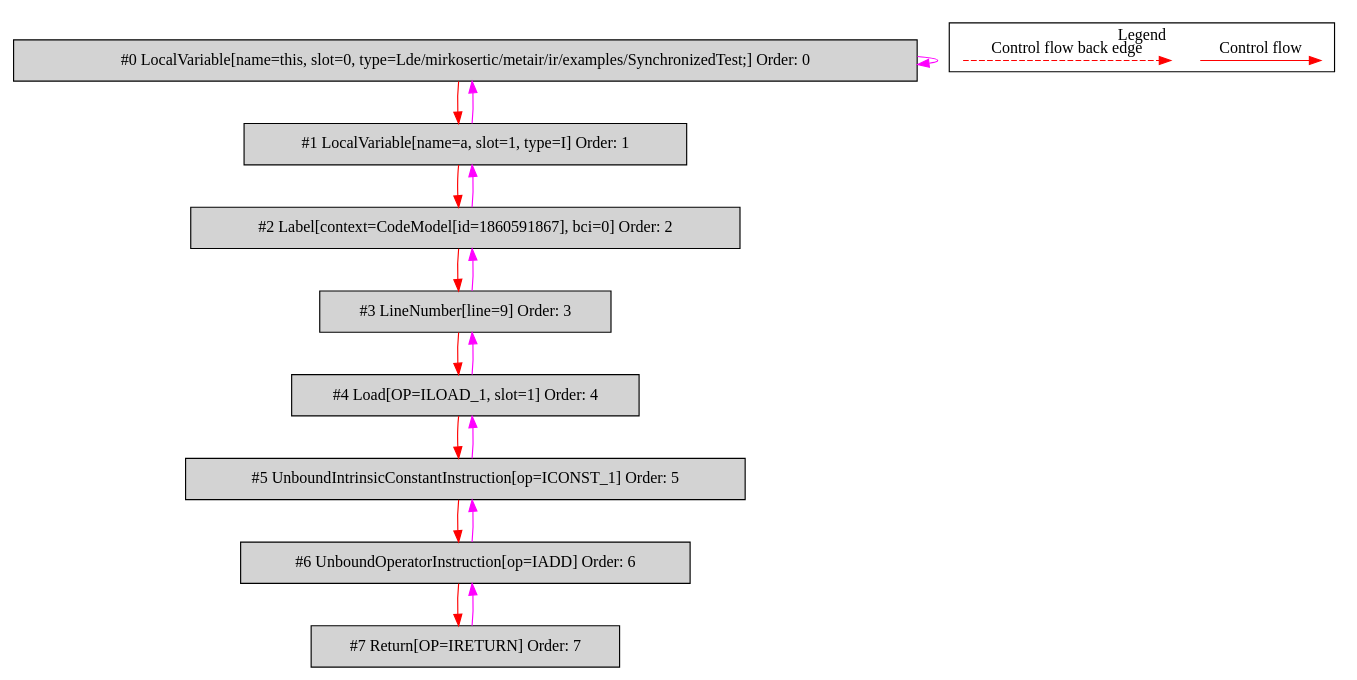
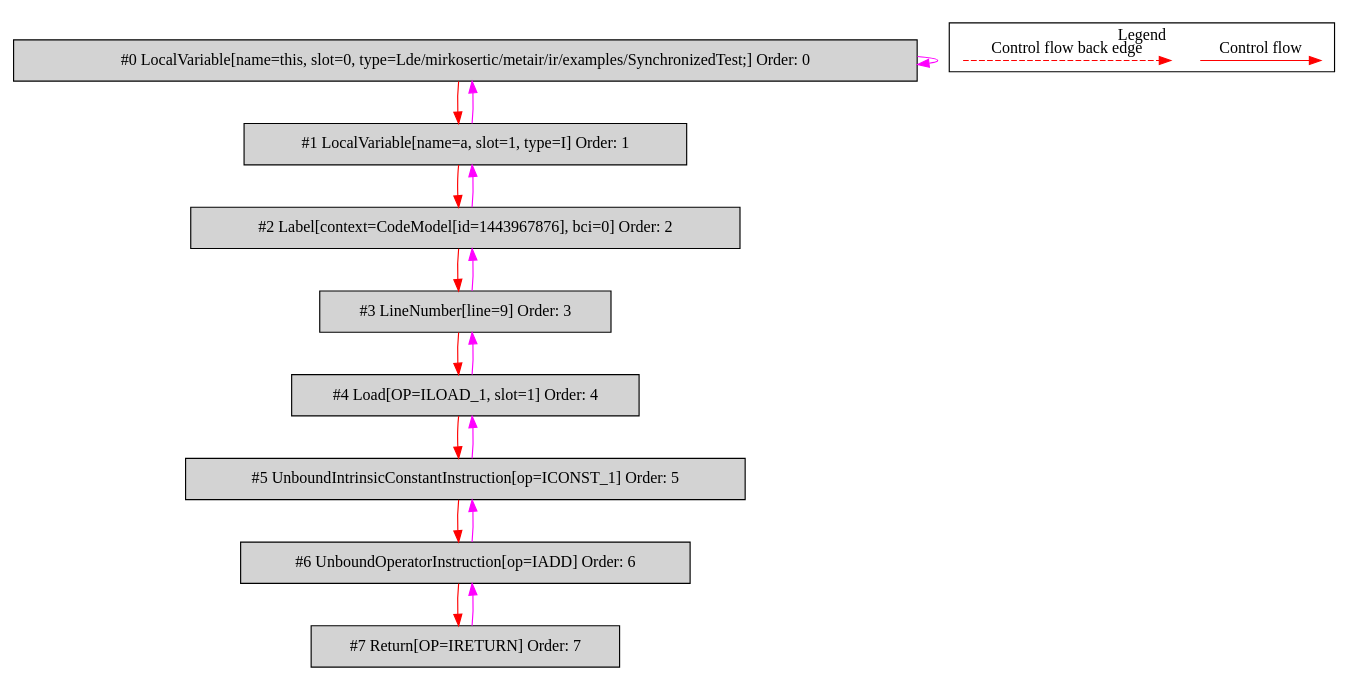
Before and after one commit to mirkosertic/MetaIR: the diagram in de.mirkosertic.metair.ir.examples.SynchronizedTest/compute/bytecodecfg.dot, drawn with Graphviz. The commit also changed 1233 other files, not shown here.

```diff
--- a/de.mirkosertic.metair.ir.examples.SynchronizedTest/compute/bytecodecfg.dot
+++ b/de.mirkosertic.metair.ir.examples.SynchronizedTest/compute/bytecodecfg.dot
@@ -1,40 +1,40 @@
 digraph {
  ordering="in";
  node0[label="#0 LocalVariable[name=this, slot=0, type=Lde/mirkosertic/metair/ir/examples/SynchronizedTest;] Order: 0", shape=box, fillcolor=lightgrey, style=filled];
  node1[label="#1 LocalVariable[name=a, slot=1, type=I] Order: 1", shape=box, fillcolor=lightgrey, style=filled];
- node2[label="#2 Label[context=CodeModel[id=1860591867], bci=0] Order: 2", shape=box, fillcolor=lightgrey, style=filled];
+ node2[label="#2 Label[context=CodeModel[id=1443967876], bci=0] Order: 2", shape=box, fillcolor=lightgrey, style=filled];
  node3[label="#3 LineNumber[line=9] Order: 3", shape=box, fillcolor=lightgrey, style=filled];
  node4[label="#4 Load[OP=ILOAD_1, slot=1] Order: 4", shape=box, fillcolor=lightgrey, style=filled];
  node5[label="#5 UnboundIntrinsicConstantInstruction[op=ICONST_1] Order: 5", shape=box, fillcolor=lightgrey, style=filled];
  node6[label="#6 UnboundOperatorInstruction[op=IADD] Order: 6", shape=box, fillcolor=lightgrey, style=filled];
  node7[label="#7 Return[OP=IRETURN] Order: 7", shape=box, fillcolor=lightgrey, style=filled];
  node0 -> node0[color=fuchsia];
  node0 -> node1[color=red];
  node1 -> node0[color=fuchsia];
  node1 -> node2[color=red];
  node2 -> node1[color=fuchsia];
  node2 -> node3[color=red];
  node3 -> node2[color=fuchsia];
  node3 -> node4[color=red];
  node4 -> node3[color=fuchsia];
  node4 -> node5[color=red];
  node5 -> node4[color=fuchsia];
  node5 -> node6[color=red];
  node6 -> node5[color=fuchsia];
  node6 -> node7[color=red];
  node7 -> node6[color=fuchsia];
  subgraph cluster_000 {
   label = "Legend";
   node [shape=point]
   {
    rank=same;
    c0 [style = invis];
    c1 [style = invis];
    c2 [style = invis];
    c3 [style = invis];
   }
   c0 -> c1 [label="Control flow", style=solid, color=red]
   c2 -> c3 [label="Control flow back edge", style=dashed, color=red]
  }
 
 }
```
